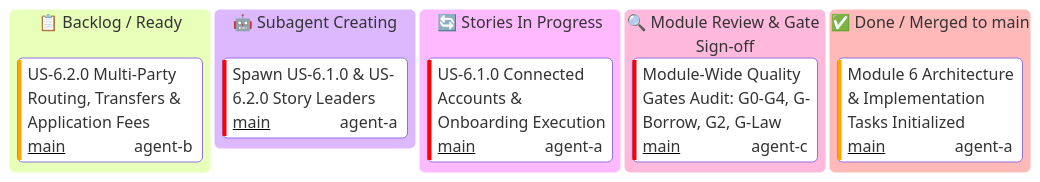
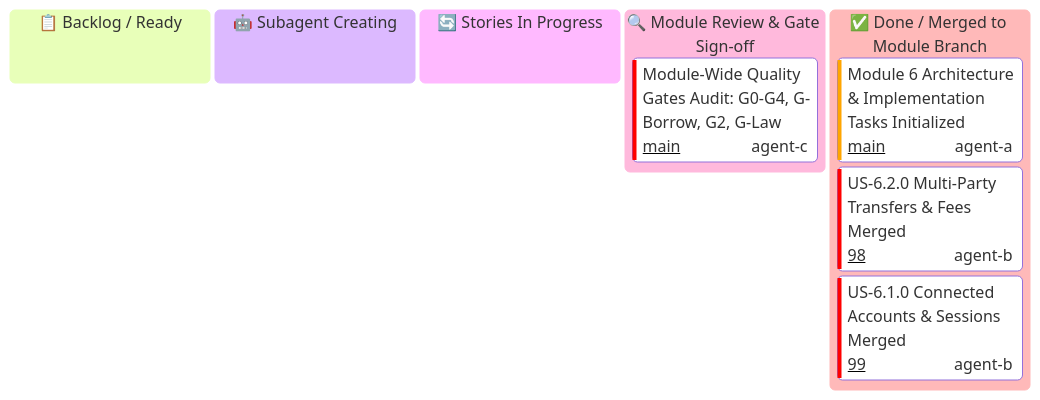
The first of 3 diagrams in docs/user-stories/module-6-connect-and-marketplaces/KANBAN.md (some-of-cs/some-stripe), drawn with Mermaid before and after one commit. The commit also changed other lines of this file and 2 other files, not shown here.

Commit message:
docs(module-6): update executive kanban and checkpoint with US-6.1.0 promotion merge

````diff
--- a/docs/user-stories/module-6-connect-and-marketplaces/KANBAN.md
+++ b/docs/user-stories/module-6-connect-and-marketplaces/KANBAN.md
@@ -21,18 +21,17 @@
 ```mermaid
 ---
 config:
   kanban:
     ticketBaseUrl: 'https://github.com/some-of-cs/some-stripe/pull/#TICKET#'
 ---
 kanban
   todo[📋 Backlog / Ready]
-    m6_s62_backlog[US-6.2.0 Multi-Party Routing, Transfers & Application Fees]@{ ticket: 'main', assigned: 'agent-b', priority: 'High' }
   spawning[🤖 Subagent Creating]
-    m6_spawn_stories[Spawn US-6.1.0 & US-6.2.0 Story Leaders]@{ ticket: 'main', assigned: 'agent-a', priority: 'Very High' }
   in_progress[🔄 Stories In Progress]
-    m6_s61_progress[US-6.1.0 Connected Accounts & Onboarding Execution]@{ ticket: 'main', assigned: 'agent-a', priority: 'Very High' }
   review[🔍 Module Review & Gate Sign-off]
     m6_gates[Module-Wide Quality Gates Audit: G0-G4, G-Borrow, G2, G-Law]@{ ticket: 'main', assigned: 'agent-c', priority: 'Very High' }
-  done[✅ Done / Merged to main]
+  done[✅ Done / Merged to Module Branch]
     m6_setup[Module 6 Architecture & Implementation Tasks Initialized]@{ ticket: 'main', assigned: 'agent-a', priority: 'High' }
+    m6_s62_merged[US-6.2.0 Multi-Party Transfers & Fees Merged]@{ ticket: '98', assigned: 'agent-b', priority: 'Very High' }
+    m6_s61_merged[US-6.1.0 Connected Accounts & Sessions Merged]@{ ticket: '99', assigned: 'agent-b', priority: 'Very High' }
 ```
````
